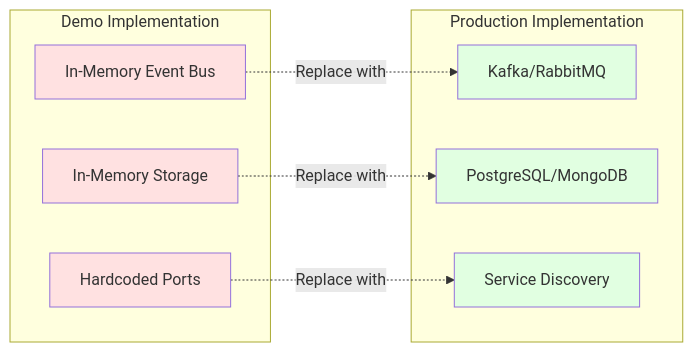
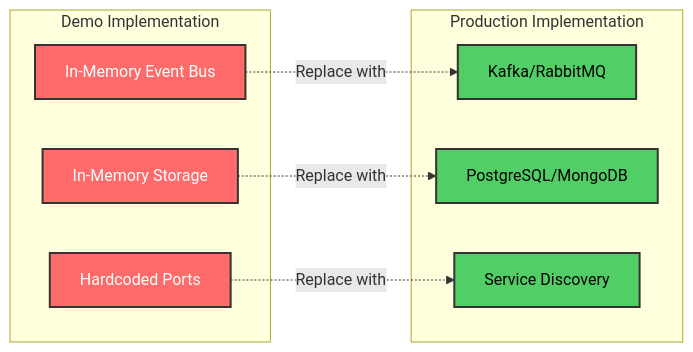
One commit to elewashy/Tanta-University changed diagram 13 of 17 in Level_3/Semester_1/Distributed_Systems/Project/System_Architecture_in_Distributed_Systems/docs/ARCHITECTURE.md. Above: the diagram before and after it, drawn with Mermaid. The commit also changed other lines of this file and 4 other files, not shown here.

````diff
--- a/Level_3/Semester_1/Distributed_Systems/Project/System_Architecture_in_Distributed_Systems/docs/ARCHITECTURE.md
+++ b/Level_3/Semester_1/Distributed_Systems/Project/System_Architecture_in_Distributed_Systems/docs/ARCHITECTURE.md
@@ -532,25 +532,25 @@
 ```mermaid
 graph LR
     subgraph "Demo Implementation"
         A[In-Memory Event Bus]
         B[In-Memory Storage]
         C[Hardcoded Ports]
     end
     
     subgraph "Production Implementation"
         D[Kafka/RabbitMQ]
         E[PostgreSQL/MongoDB]
         F[Service Discovery]
     end
     
     A -.->|Replace with| D
     B -.->|Replace with| E
     C -.->|Replace with| F
     
-    style A fill:#ffe1e1
-    style B fill:#ffe1e1
-    style C fill:#ffe1e1
-    style D fill:#e1ffe1
-    style E fill:#e1ffe1
-    style F fill:#e1ffe1
+    style A fill:#ff6b6b,stroke:#333,stroke-width:2px,color:#fff
+    style B fill:#ff6b6b,stroke:#333,stroke-width:2px,color:#fff
+    style C fill:#ff6b6b,stroke:#333,stroke-width:2px,color:#fff
+    style D fill:#51cf66,stroke:#333,stroke-width:2px,color:#000
+    style E fill:#51cf66,stroke:#333,stroke-width:2px,color:#000
+    style F fill:#51cf66,stroke:#333,stroke-width:2px,color:#000
 ```
````
